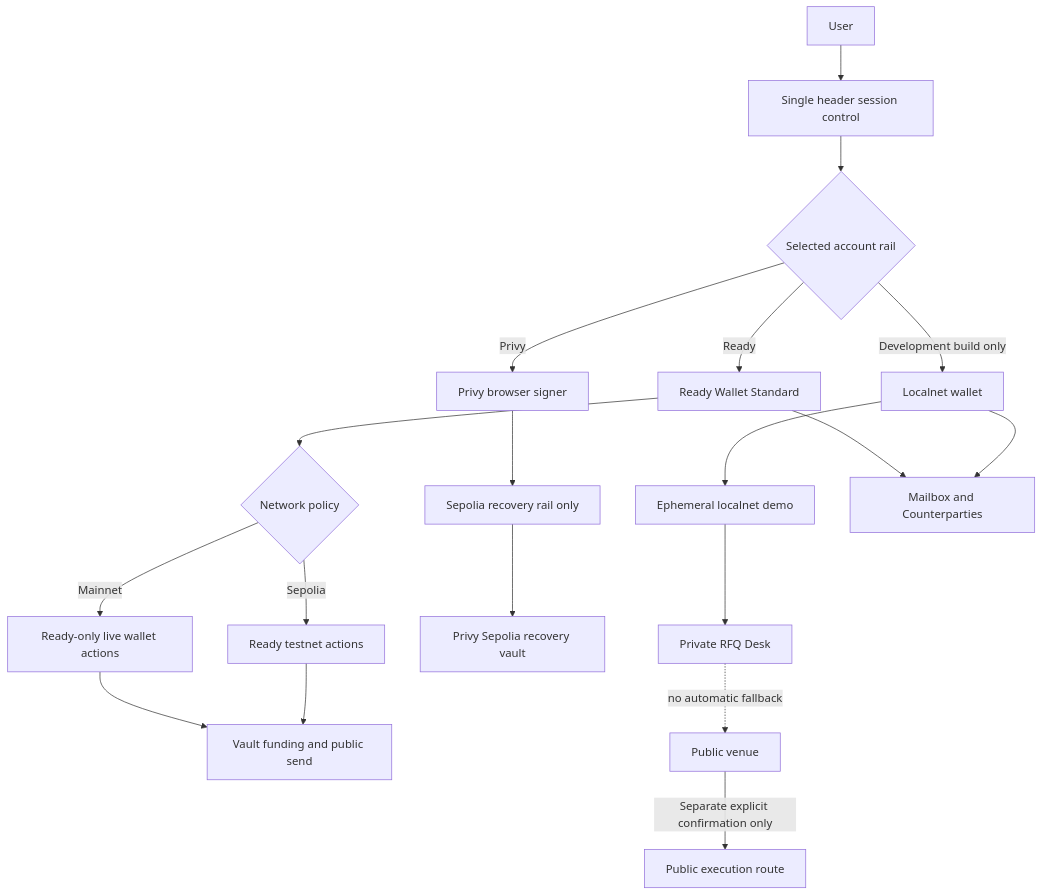
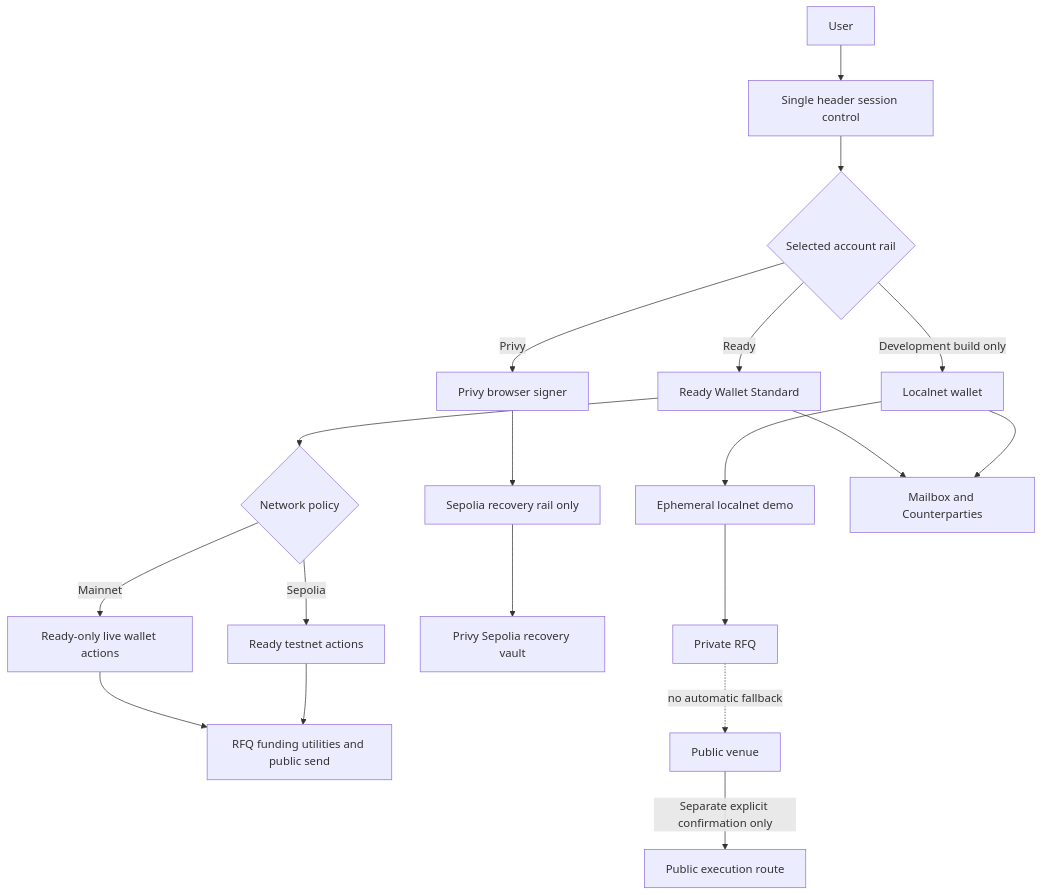
One commit to gstohl/app20 changed the first of 8 diagrams in docs/APP20_PROCESS_DIAGRAMS.md. Above: the diagram before and after it, drawn with Mermaid. The commit also changed other lines of this file and 238 other files, not shown here.

Commit message:
feat: harden localnet private RFQ

````diff
--- a/docs/APP20_PROCESS_DIAGRAMS.md
+++ b/docs/APP20_PROCESS_DIAGRAMS.md
@@ -7,26 +7,26 @@
 ```mermaid
 flowchart TD
     U[User] --> H[Single header session control]
     H --> R{Selected account rail}
 
     R -->|Ready| RW[Ready Wallet Standard]
     R -->|Privy| PV[Privy browser signer]
     R -->|Development build only| LW[Localnet wallet]
 
     RW --> RN{Network policy}
     RN -->|Mainnet| RM[Ready-only live wallet actions]
     RN -->|Sepolia| RS[Ready testnet actions]
 
     PV --> PS[Sepolia recovery rail only]
     LW --> LD[Ephemeral localnet demo]
 
-    RM --> V[Vault funding and public send]
+    RM --> V[RFQ funding utilities and public send]
     RS --> V
     PS --> PR[Privy Sepolia recovery vault]
-    LD --> D[Private RFQ Desk]
+    LD --> D[Private RFQ]
     RW --> M[Mailbox and Counterparties]
     LW --> M
 
     D -. no automatic fallback .-> X[Public venue]
     X -->|Separate explicit confirmation only| PX[Public execution route]
 ```
````
